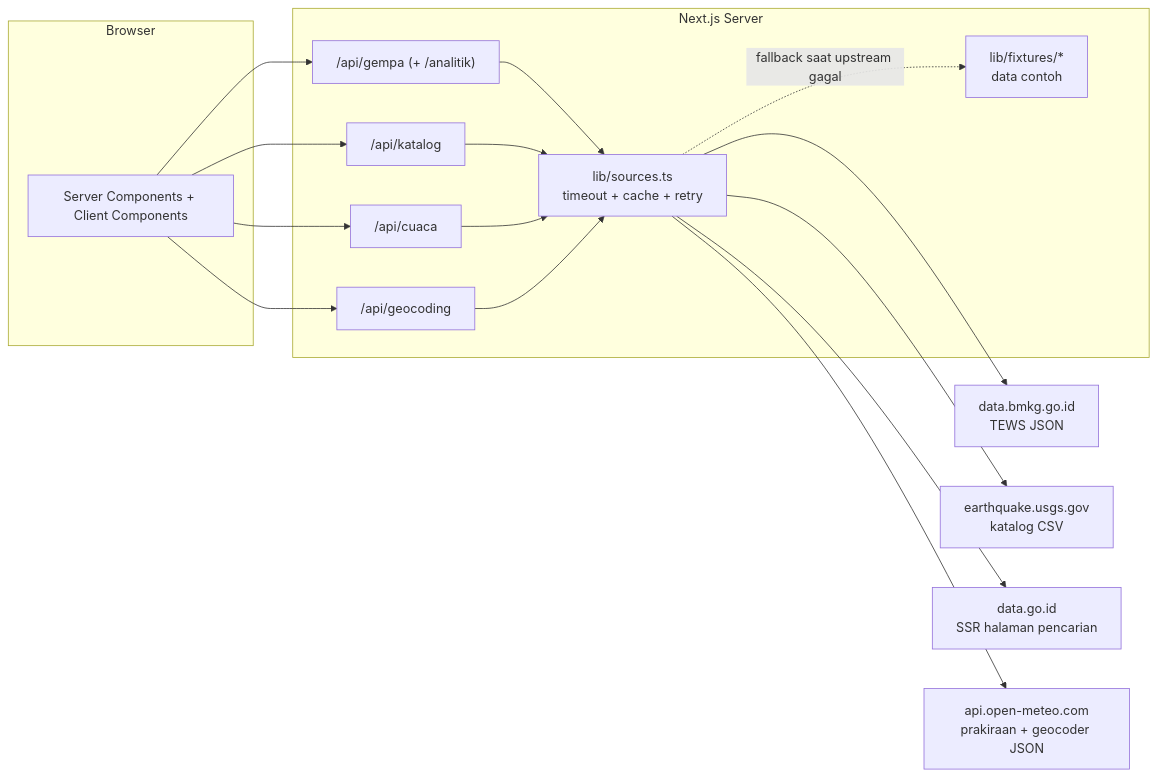
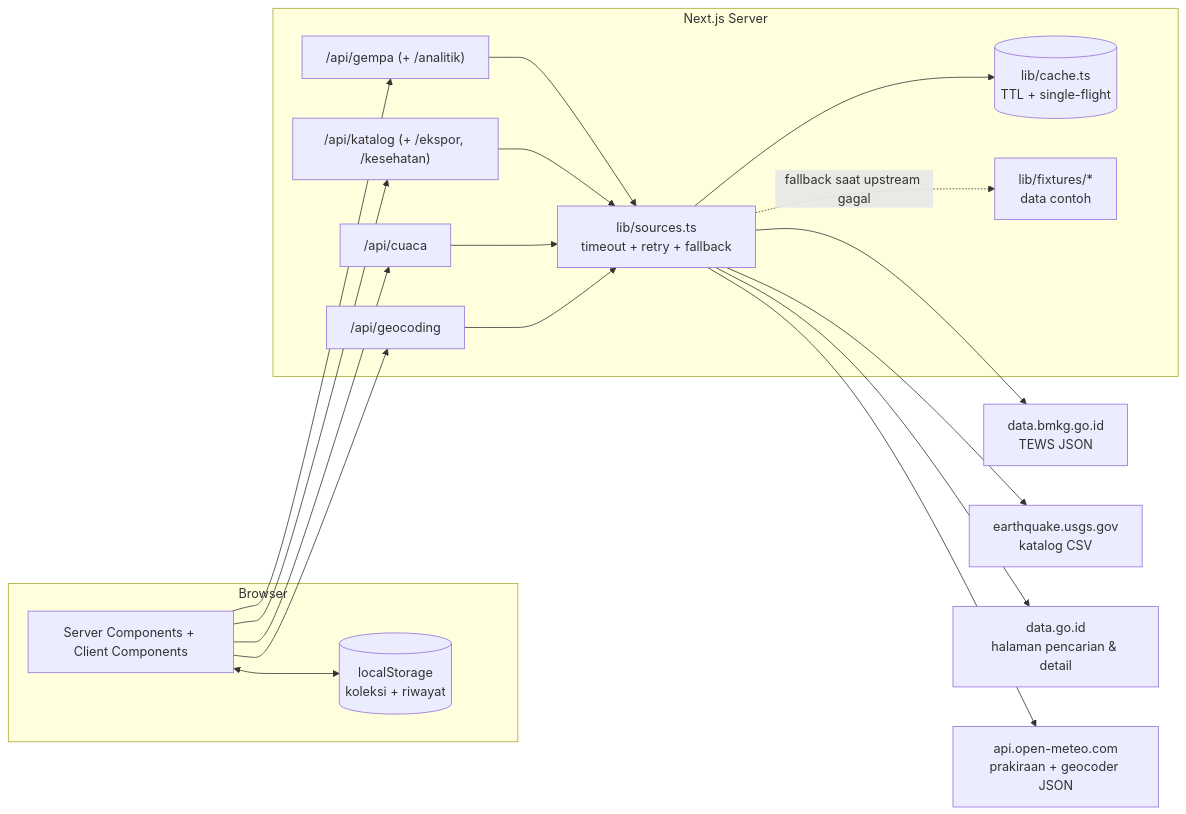
The diagram in README.md (zhabyanrafnannq/nusantara-datahub), drawn with Mermaid before and after one commit. The commit also changed other lines of this file and 9 other files, not shown here.

````diff
--- a/README.md
+++ b/README.md
@@ -32,23 +37,27 @@
 ```mermaid
 flowchart LR
     subgraph Browser
         UI[Server Components + Client Components]
+        LS[(localStorage<br/>koleksi + riwayat)]
     end
     subgraph "Next.js Server"
         API1["/api/gempa (+ /analitik)"]
-        API2["/api/katalog"]
+        API2["/api/katalog (+ /ekspor, /kesehatan)"]
         API3["/api/cuaca"]
         API4["/api/geocoding"]
-        LIB[lib/sources.ts<br/>timeout + cache + retry]
+        LIB["lib/sources.ts<br/>timeout + retry + fallback"]
+        CACHE[("lib/cache.ts<br/>TTL + single-flight")]
         FIX[lib/fixtures/*<br/>data contoh]
     end
     BMKG[data.bmkg.go.id<br/>TEWS JSON]
     USGS[earthquake.usgs.gov<br/>katalog CSV]
-    SDI[data.go.id<br/>SSR halaman pencarian]
+    SDI[data.go.id<br/>halaman pencarian & detail]
     OM[api.open-meteo.com<br/>prakiraan + geocoder JSON]
 
     UI --> API1 & API2 & API3 & API4
+    UI <--> LS
     API1 & API2 & API3 & API4 --> LIB
+    LIB --> CACHE
     LIB --> BMKG & USGS & SDI & OM
     LIB -. "fallback saat upstream gagal" .-> FIX
 ```
````
